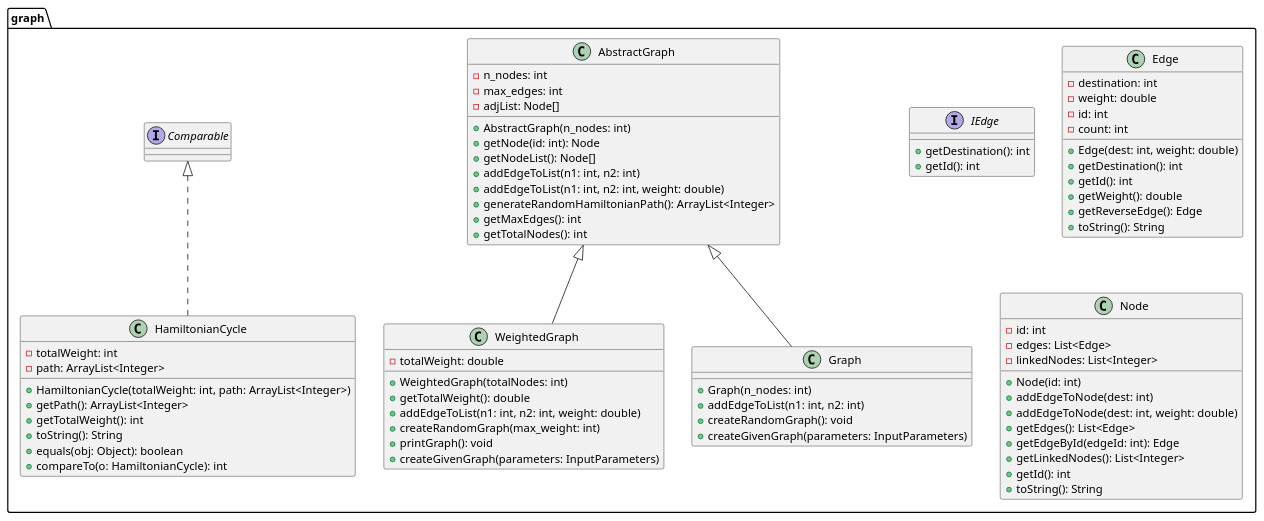
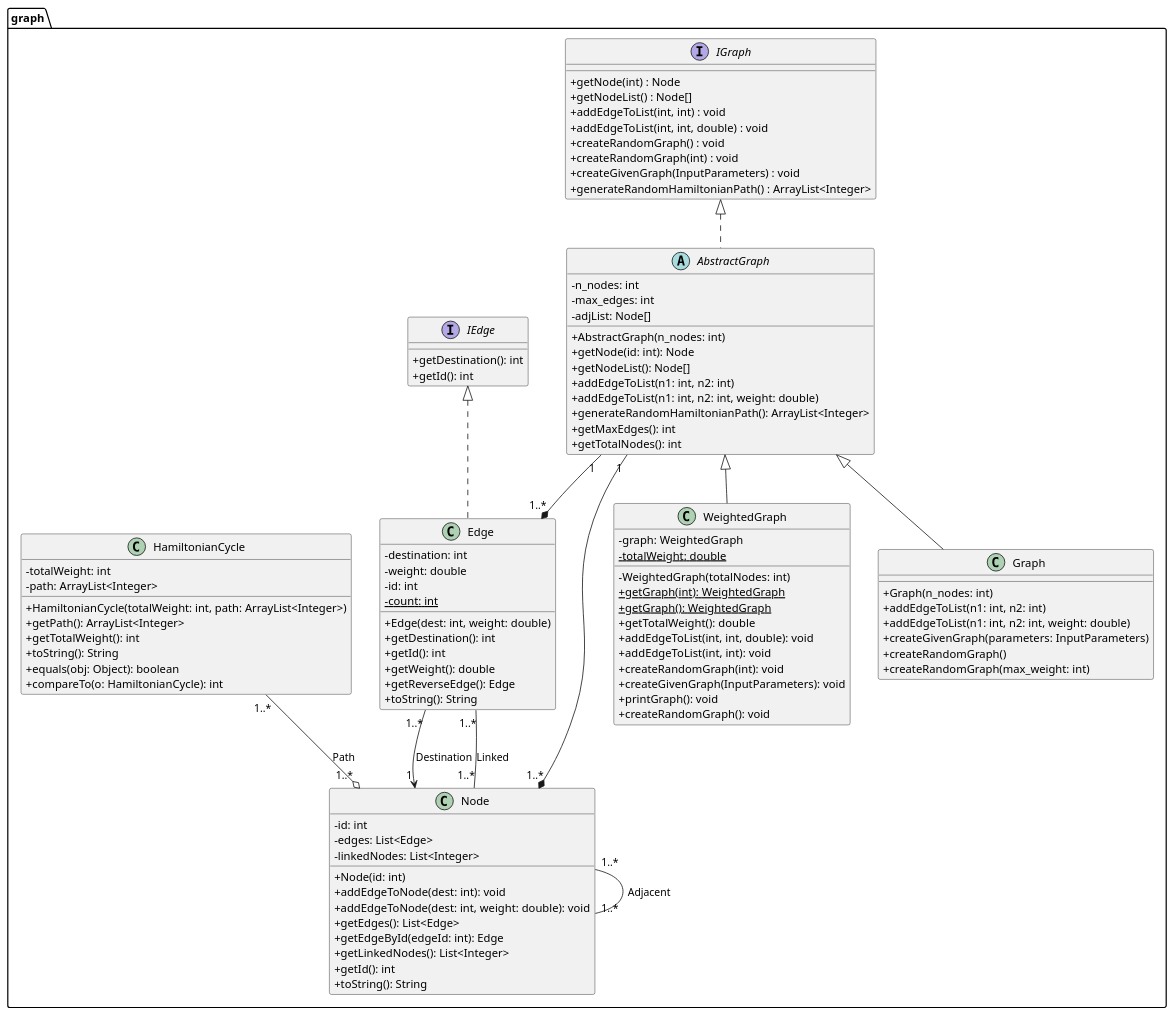
The diagram in uml/graph.puml (fredericocascais/oop-project), drawn with PlantUML before and after one commit. The commit also changed 25 other files, not shown here.

```diff
--- a/uml/graph.puml
+++ b/uml/graph.puml
@@ -1,85 +1,110 @@
 @startuml
+skinparam classAttributeIconSize 0
 
 package graph {
-  class AbstractGraph {
+  interface IGraph {
+    + getNode(int) : Node
+    + getNodeList() : Node[]
+    + addEdgeToList(int, int) : void
+    + addEdgeToList(int, int, double) : void
+    + createRandomGraph() : void
+    + createRandomGraph(int) : void
+    + createGivenGraph(InputParameters) : void
+    + generateRandomHamiltonianPath() : ArrayList<Integer>
+  }
+
+  abstract class AbstractGraph implements IGraph{
     -n_nodes: int
     -max_edges: int
     -adjList: Node[]
 
-    +AbstractGraph(n_nodes: int)
-    +getNode(id: int): Node
-    +getNodeList(): Node[]
-    +addEdgeToList(n1: int, n2: int)
-    +addEdgeToList(n1: int, n2: int, weight: double)
-    +generateRandomHamiltonianPath(): ArrayList<Integer>
-    +getMaxEdges(): int
-    +getTotalNodes(): int
+    + AbstractGraph(n_nodes: int)
+    + getNode(id: int): Node
+    + getNodeList(): Node[]
+    + addEdgeToList(n1: int, n2: int)
+    + addEdgeToList(n1: int, n2: int, weight: double)
+    + generateRandomHamiltonianPath(): ArrayList<Integer>
+    + getMaxEdges(): int
+    + getTotalNodes(): int
   }
 
   interface IEdge {
     +getDestination(): int
     +getId(): int
   }
 
-  class Edge {
+  class Edge implements IEdge {
     -destination: int
     -weight: double
     -id: int
-    -count: int
+    {static} - count: int
 
     +Edge(dest: int, weight: double)
     +getDestination(): int
     +getId(): int
     +getWeight(): double
     +getReverseEdge(): Edge
     +toString(): String
   }
 
   class Node {
     -id: int
     -edges: List<Edge>
     -linkedNodes: List<Integer>
 
-    +Node(id: int)
-    +addEdgeToNode(dest: int)
-    +addEdgeToNode(dest: int, weight: double)
-    +getEdges(): List<Edge>
-    +getEdgeById(edgeId: int): Edge
-    +getLinkedNodes(): List<Integer>
-    +getId(): int
-    +toString(): String
+    + Node(id: int)
+    + addEdgeToNode(dest: int): void
+    + addEdgeToNode(dest: int, weight: double): void
+    + getEdges(): List<Edge>
+    + getEdgeById(edgeId: int): Edge
+    + getLinkedNodes(): List<Integer>
+    + getId(): int
+    + toString(): String
   }
 
-  class HamiltonianCycle implements Comparable<HamiltonianCycle> {
+  class HamiltonianCycle {
     -totalWeight: int
     -path: ArrayList<Integer>
 
     +HamiltonianCycle(totalWeight: int, path: ArrayList<Integer>)
     +getPath(): ArrayList<Integer>
     +getTotalWeight(): int
     +toString(): String
     +equals(obj: Object): boolean
     +compareTo(o: HamiltonianCycle): int
   }
 
   class WeightedGraph extends AbstractGraph {
-    -totalWeight: double
+    - graph: WeightedGraph
+    {static} - totalWeight: double
 
-    +WeightedGraph(totalNodes: int)
-    +getTotalWeight(): double
-    +addEdgeToList(n1: int, n2: int, weight: double)
-    +createRandomGraph(max_weight: int)
-    +printGraph(): void
-    +createGivenGraph(parameters: InputParameters)
+    -WeightedGraph(totalNodes: int)
+    {static} + getGraph(int): WeightedGraph
+    {static} + getGraph(): WeightedGraph
+    + getTotalWeight(): double
+    + addEdgeToList(int, int, double): void
+    + addEdgeToList(int, int): void
+    + createRandomGraph(int): void
+    + createGivenGraph(InputParameters): void
+    + printGraph(): void
+    + createRandomGraph(): void
   }
 
   class Graph extends AbstractGraph {
-    +Graph(n_nodes: int)
-    +addEdgeToList(n1: int, n2: int)
-    +createRandomGraph(): void
-    +createGivenGraph(parameters: InputParameters)
+    + Graph(n_nodes: int)
+    + addEdgeToList(n1: int, n2: int)
+    + addEdgeToList(n1: int, n2: int, weight: double)
+    + createGivenGraph(parameters: InputParameters)
+    + createRandomGraph()
+    + createRandomGraph(max_weight: int)
   }
 
+  AbstractGraph "1" --* "1..*" Node
+  AbstractGraph "1" --* "1..*" Edge
+  Edge "1..*" --> "1" Node : Destination
+  HamiltonianCycle "1..*" --o "1..*" Node: Path
+  Node "1..*" -- "1..*" Edge: Linked
+  Node "1..*" -- "1..*" Node: Adjacent
 }
 
 @enduml
```
